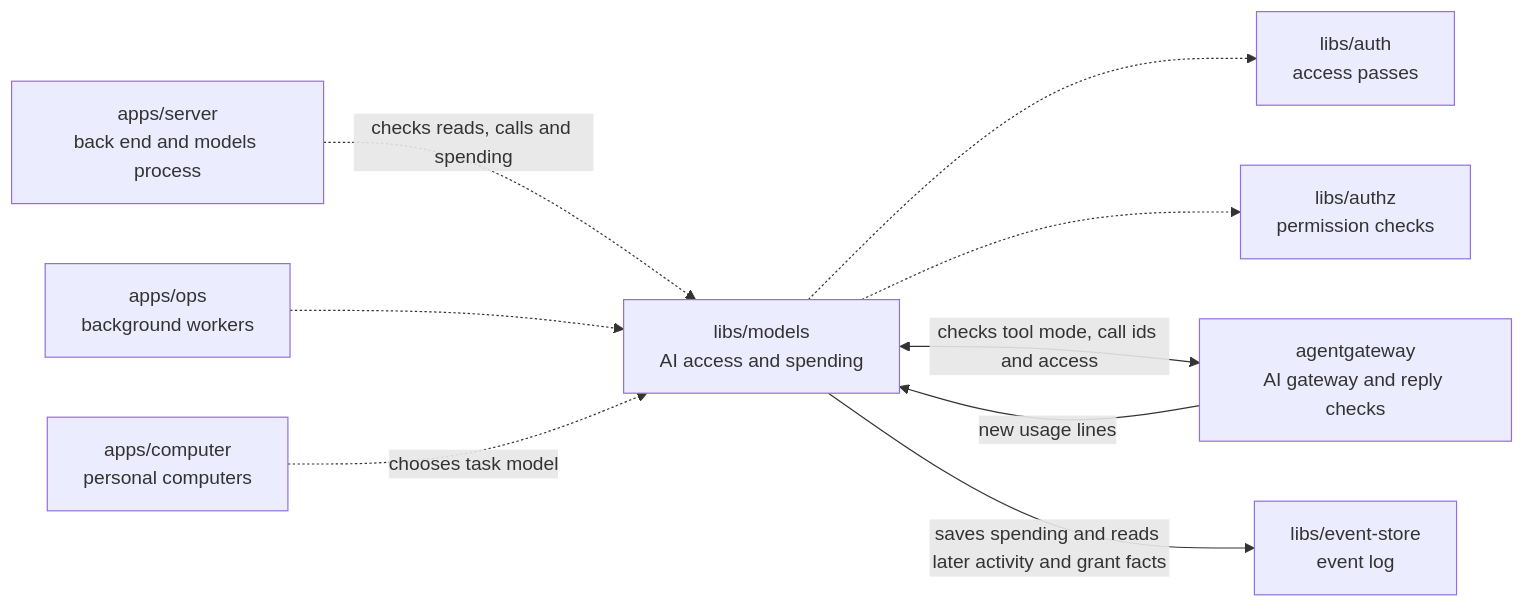
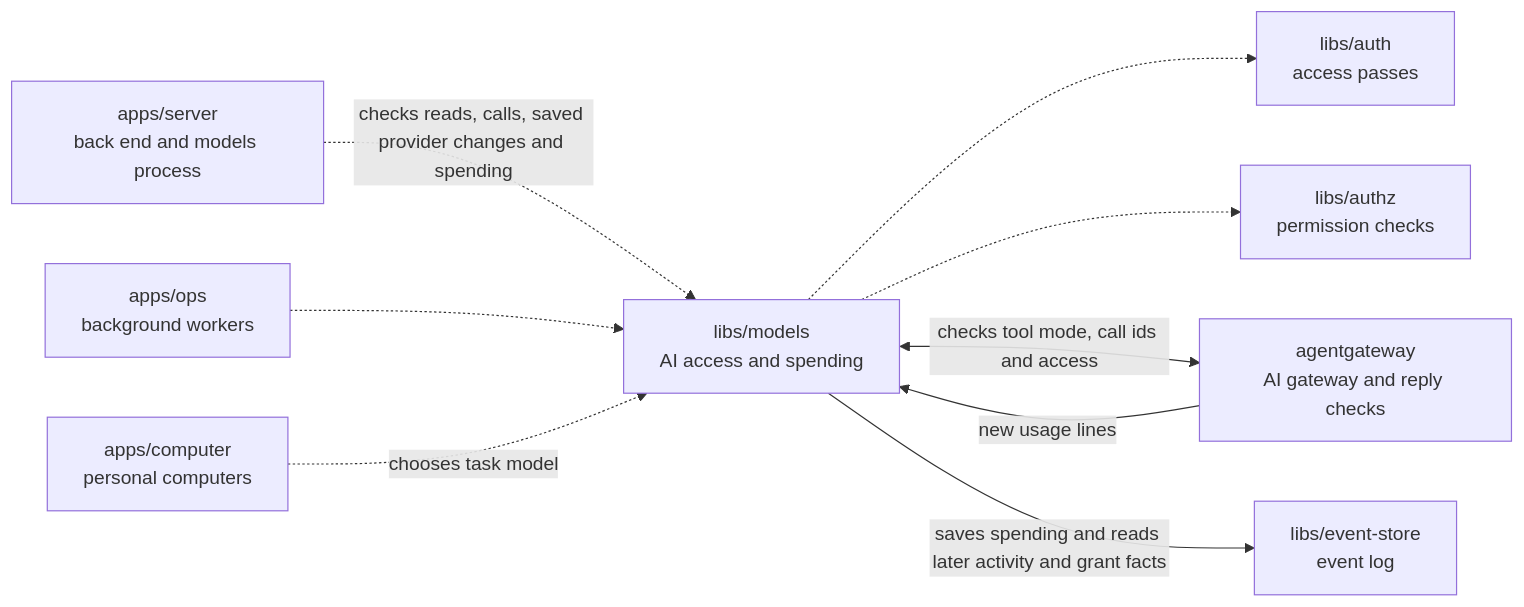
Before and after one commit to elewa-git/opencrane-new: the diagram in libs/models/README.md, drawn with Mermaid. The commit also changed other lines of this file and 28 other files, not shown here.

````diff
--- a/libs/models/README.md
+++ b/libs/models/README.md
@@ -11,11 +11,11 @@
 ```mermaid
 flowchart LR
-  server["apps/server<br/>back end and models process"] -.->|checks reads, calls and spending| models["libs/models<br/>AI access and spending"]
+  server["apps/server<br/>back end and models process"] -.->|checks reads, calls, saved provider changes and spending| models["libs/models<br/>AI access and spending"]
   ops["apps/ops<br/>background workers"] -.-> models
   computer["apps/computer<br/>personal computers"] -.->|chooses task model| models
   models -.-> auth["libs/auth<br/>access passes"]
   models -.-> authz["libs/authz<br/>permission checks"]
   models <-->|checks tool mode, call ids and access| gateway["agentgateway<br/>AI gateway and reply checks"]
   gateway -->|new usage lines| models
   models -->|saves spending and reads later activity and grant facts| store["libs/event-store<br/>event log"]
 ```
````
